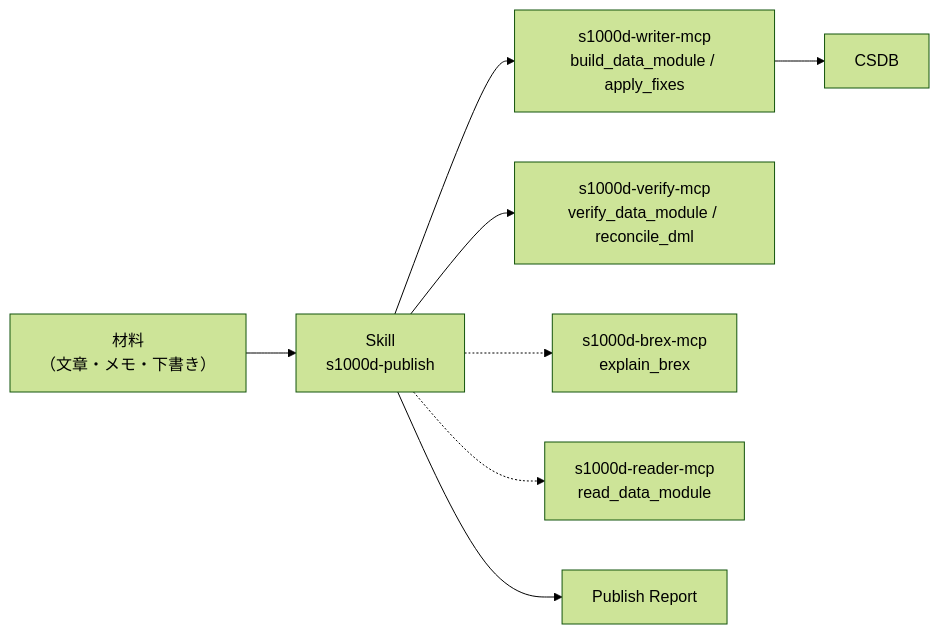
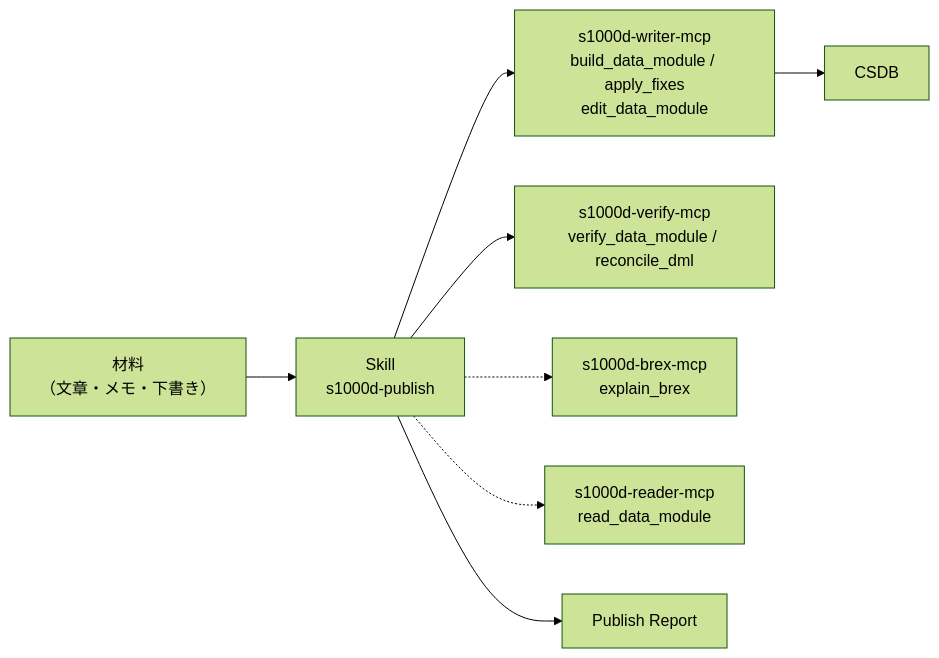
The diagram in README.ja.md (shuji-bonji/s1000d-publish-skill), drawn with Mermaid (forest theme) before and after one commit. The commit also changed other lines of this file and 6 other files, not shown here.

First line of the commit message:
feat: CSDB にある DM に節点を足す・取り除く・移す手順（edit_data_module）を足しました

````diff
--- a/README.ja.md
+++ b/README.ja.md
@@ -17,10 +17,10 @@
 ```mermaid
 flowchart LR
   D["材料<br/>（文章・メモ・下書き）"] --> S["Skill<br/>s1000d-publish"]
-  S --> W["s1000d-writer-mcp<br/>build_data_module / apply_fixes"]
+  S --> W["s1000d-writer-mcp<br/>build_data_module / apply_fixes<br/>edit_data_module"]
   S --> V["s1000d-verify-mcp<br/>verify_data_module / reconcile_dml"]
   S -.-> B["s1000d-brex-mcp<br/>explain_brex"]
   S -.-> R["s1000d-reader-mcp<br/>read_data_module"]
   W --> C["CSDB"]
   S --> P["Publish Report"]
 ```
````
